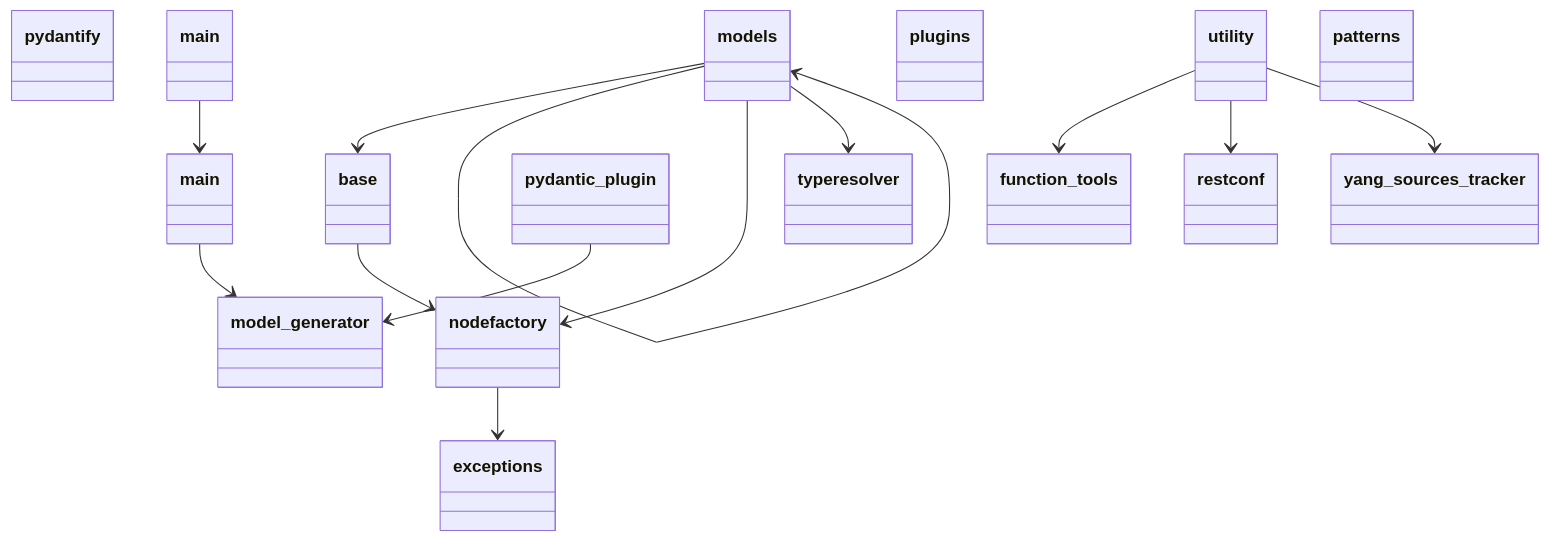
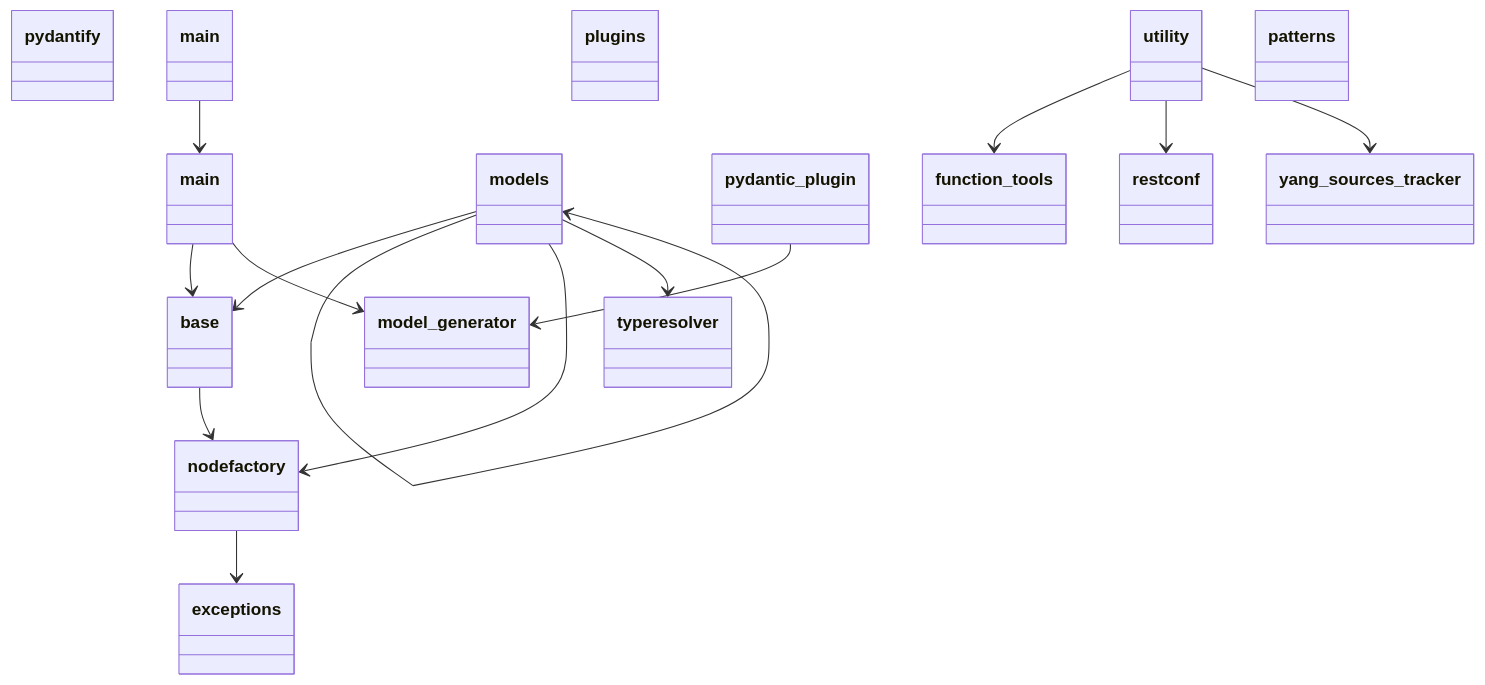
One commit to pydantify/pydantify changed the diagram in docs/resources/packages_pydantify.mmd. Above: the diagram before and after it, drawn with Mermaid. The commit also changed 18 other files, not shown here.

```diff
--- a/docs/resources/packages_pydantify.mmd
+++ b/docs/resources/packages_pydantify.mmd
@@ -1,47 +1,48 @@
 classDiagram
   class pydantify {
   }
   class __main__ {
   }
   class exceptions {
   }
   class main {
   }
   class models {
   }
   class base {
   }
   class models {
   }
   class nodefactory {
   }
   class typeresolver {
   }
   class plugins {
   }
   class pydantic_plugin {
   }
   class utility {
   }
   class function_tools {
   }
   class model_generator {
   }
   class patterns {
   }
   class restconf {
   }
   class yang_sources_tracker {
   }
   __main__ --> main
+  main --> base
   main --> model_generator
   models --> base
   models --> models
   models --> nodefactory
   models --> typeresolver
   base --> nodefactory
   nodefactory --> exceptions
   pydantic_plugin --> model_generator
   utility --> function_tools
   utility --> restconf
   utility --> yang_sources_tracker
```
